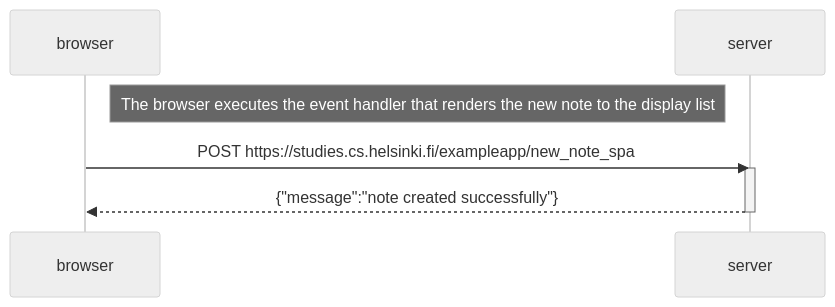
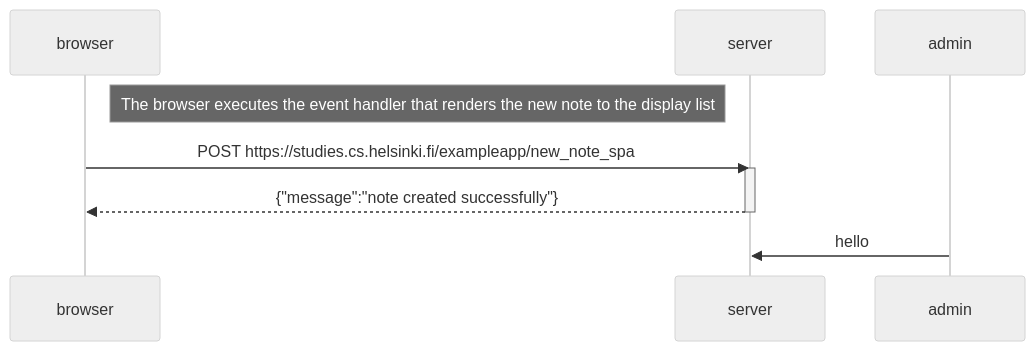
One commit to samirnavas/Full-Stack-Course changed the diagram in part 0/0.6.md. Above: the diagram before and after it, drawn with Mermaid (neutral theme).

````diff
--- a/part 0/0.6.md
+++ b/part 0/0.6.md
@@ -1,12 +1,15 @@
 ```mermaid
 sequenceDiagram
     participant browser
     participant server
+    participant admin
 
     Note right of browser: The browser executes the event handler that renders the new note to the display list
 
     browser->>server: POST https://studies.cs.helsinki.fi/exampleapp/new_note_spa
     activate server
     server-->>browser: {"message":"note created successfully"}
     deactivate server
+
+    admin->>server: hello
 ```
````
